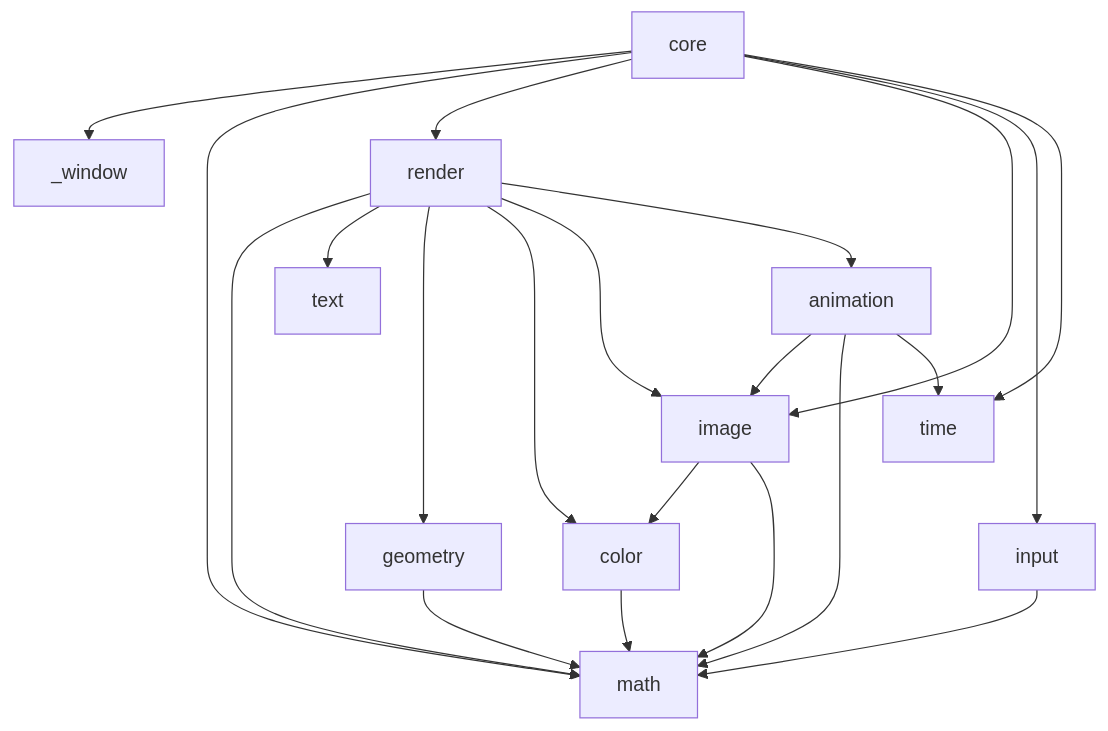
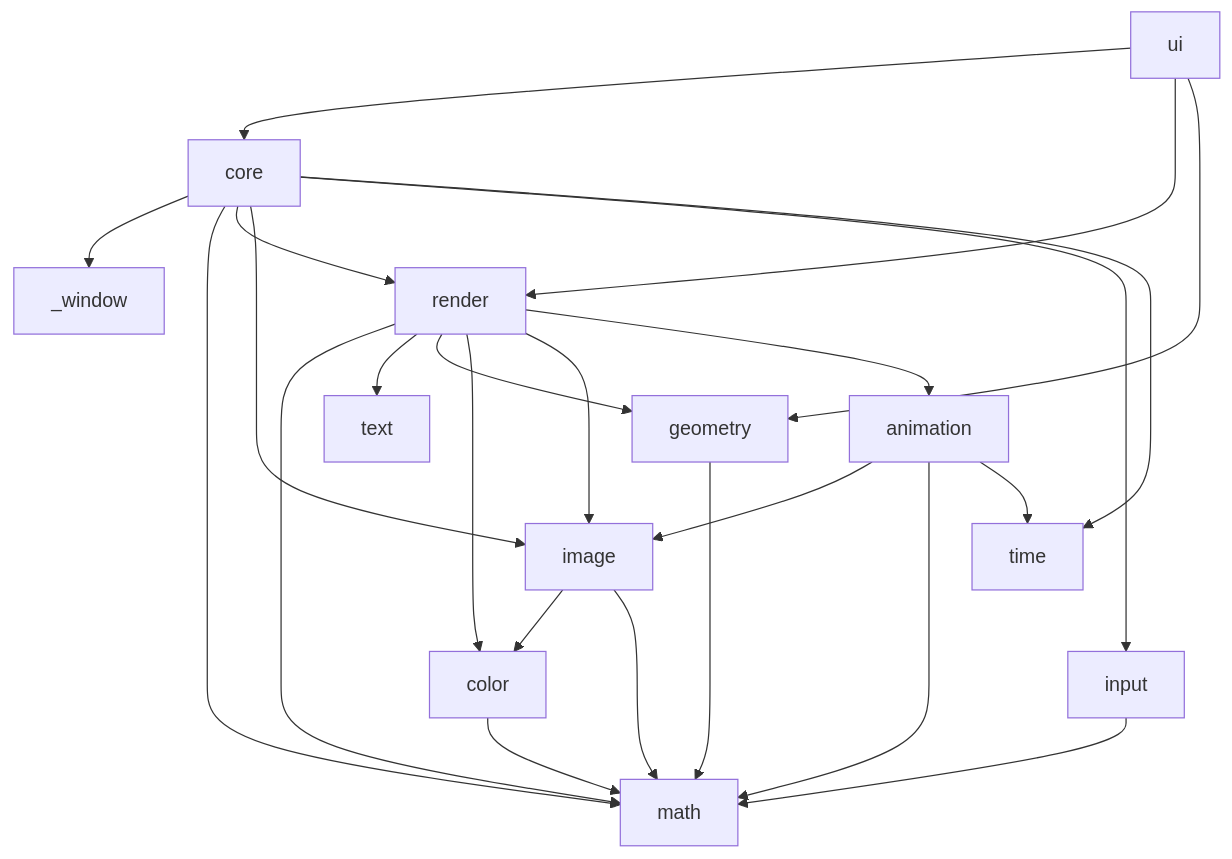
Before and after one commit to create-framework/create: the second of 2 diagrams in ARCHITECTURE.md, drawn with Mermaid. The commit also changed other lines of this file and 14 other files, not shown here.

````diff
--- a/ARCHITECTURE.md
+++ b/ARCHITECTURE.md
@@ -85,23 +87,26 @@
 ```mermaid
 flowchart TD
+    ui --> core
+    ui --> render
+    ui --> geometry
     core --> _window
     core --> math
     core --> render
     core --> image
     core --> input
     core --> time
     render --> math
     render --> text
     render --> geometry
     render --> color
     render --> image
     render --> animation
     animation --> image
     animation --> math
     animation --> time
     geometry --> math
     image --> color
     image --> math
     color --> math
     input --> math
 ```
````
